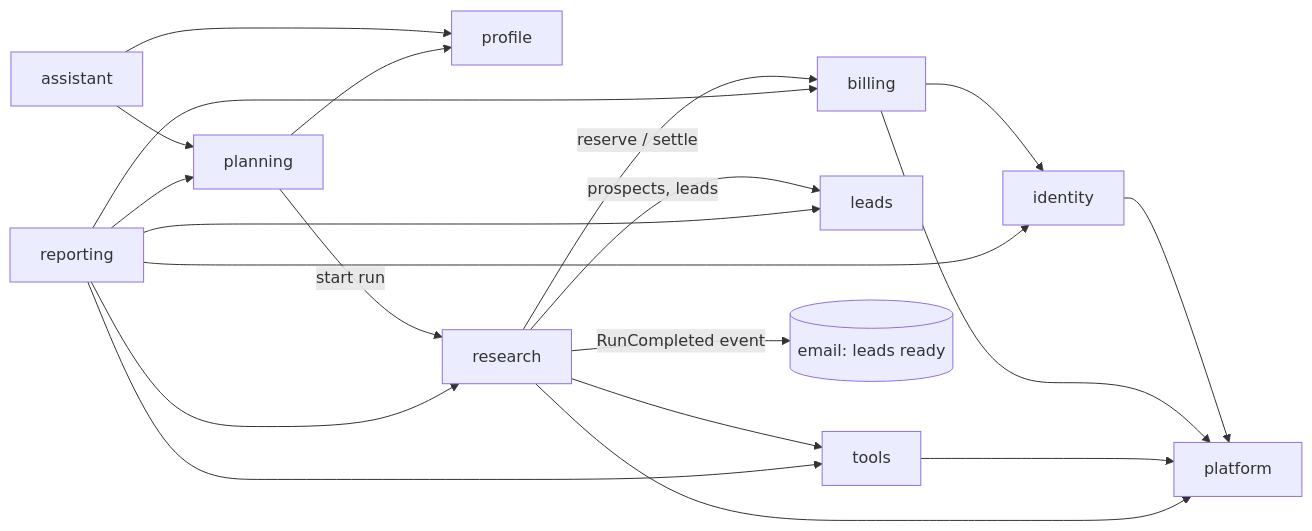
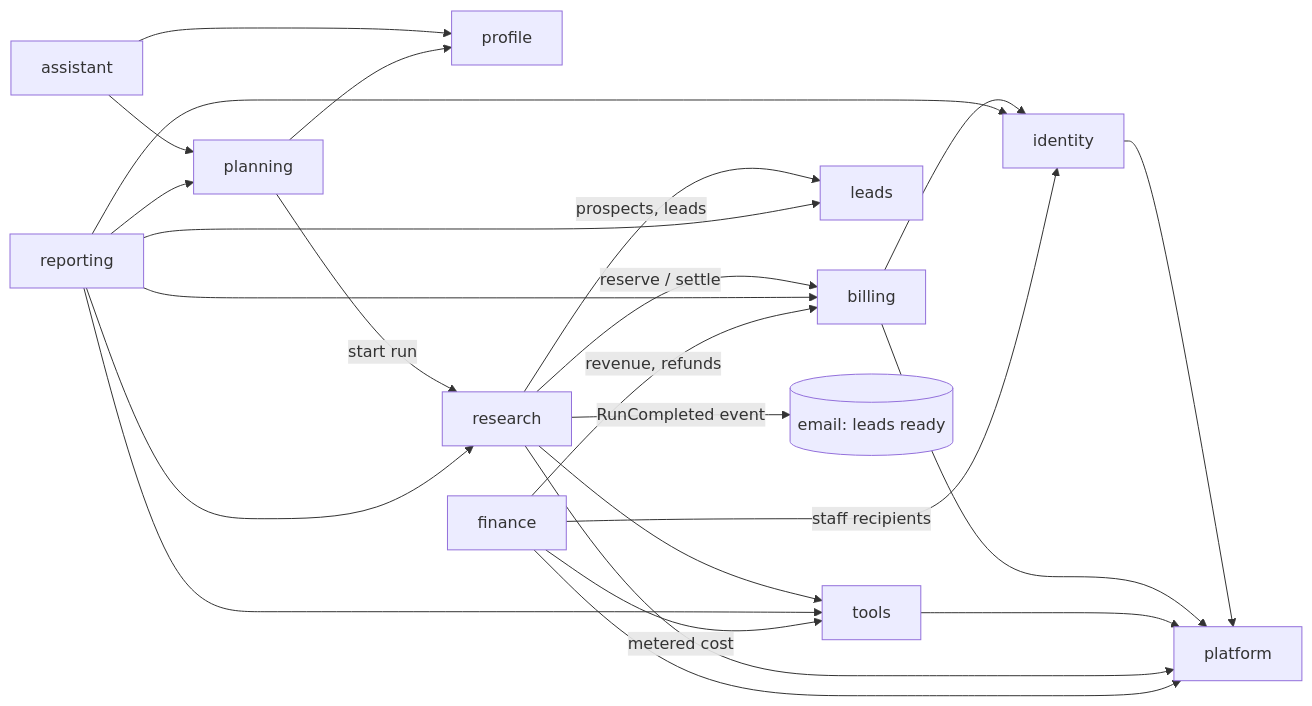
Before and after one commit to sbarbosa115/viper: the diagram in docs/architecture/context-map.md, drawn with Mermaid. The commit also changed other lines of this file and 5 other files, not shown here.

````diff
--- a/docs/architecture/context-map.md
+++ b/docs/architecture/context-map.md
@@ -18,15 +19,19 @@
 ```mermaid
 flowchart LR
   identity
   assistant --> profile
   assistant --> planning
   planning --> profile
   planning -- start run --> research
   research --> tools
   research -- prospects, leads --> leads
   research -- reserve / settle --> billing
   billing --> identity
   research -- RunCompleted event --> notify[(email: leads ready)]
   identity & billing & tools & research --> platform
   reporting --> identity & billing & planning & research & tools & leads
+  finance -- revenue, refunds --> billing
+  finance -- metered cost --> tools
+  finance -- staff recipients --> identity
+  finance --> platform
 ```
````
